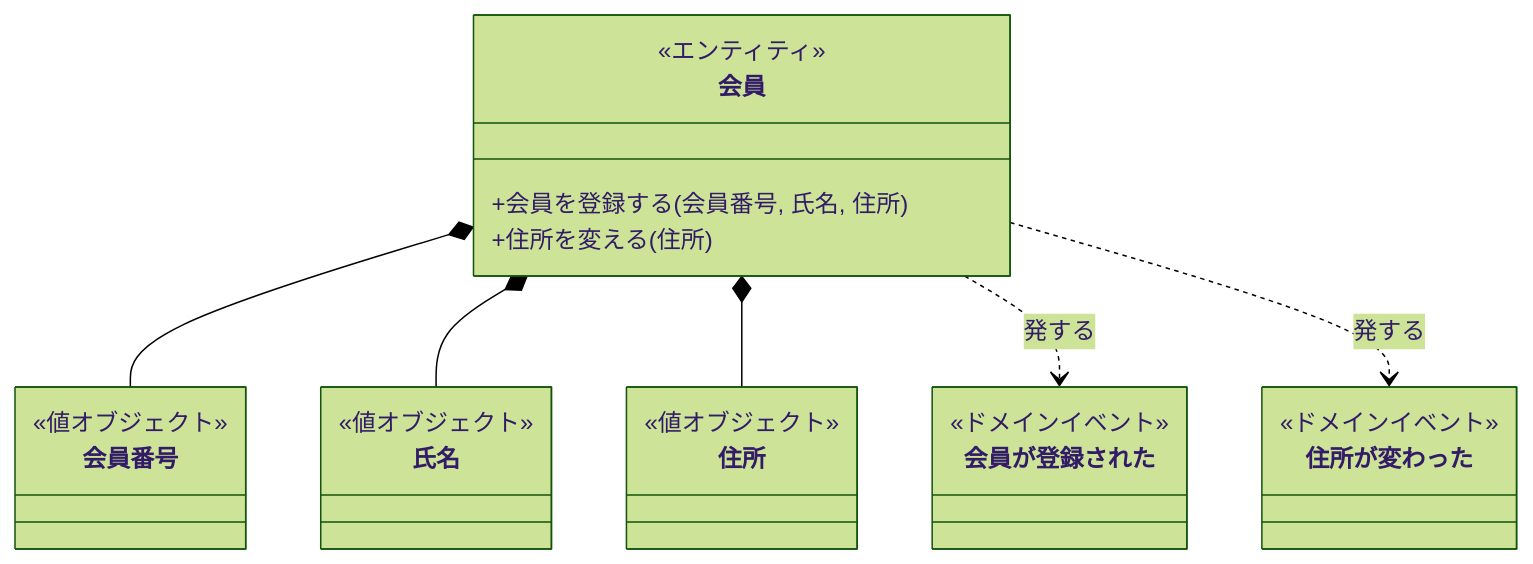
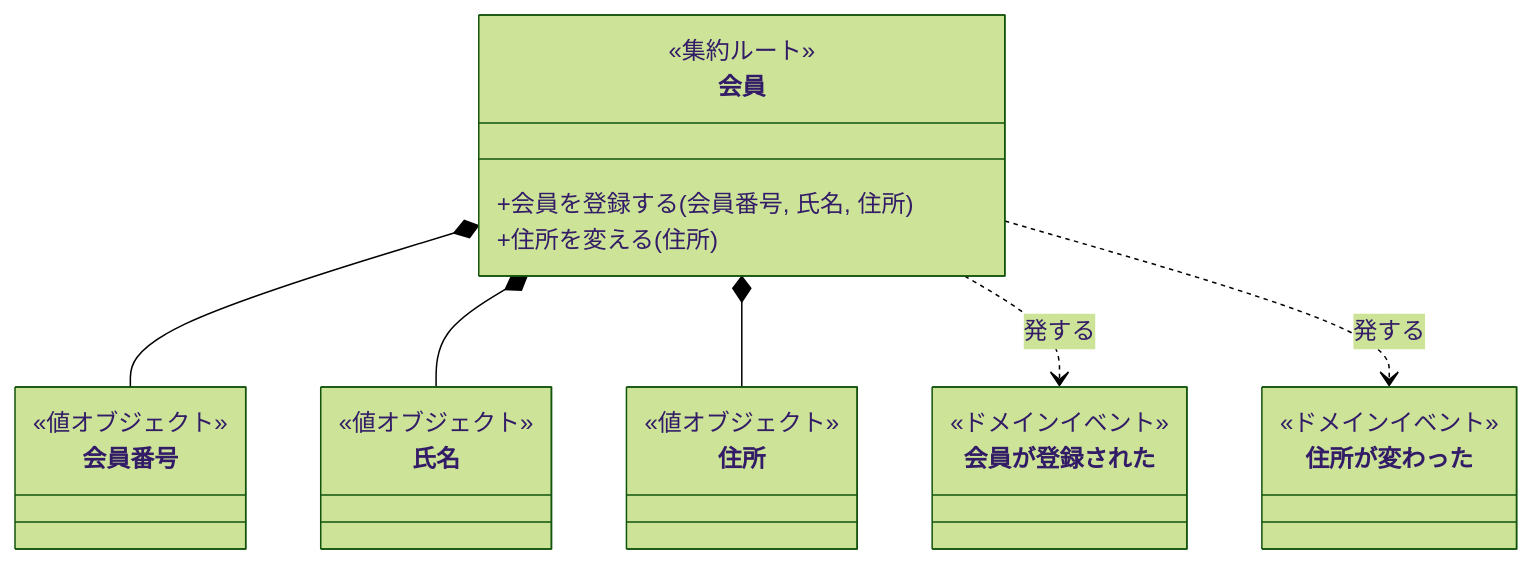
One commit to nakamori-naoya/domain-modeling-plugins changed the diagram in tests/fixtures/member-directory/domain-model.md. Above: the diagram before and after it, drawn with Mermaid (forest theme). The commit also changed 7 other files, not shown here.

````diff
--- a/tests/fixtures/member-directory/domain-model.md
+++ b/tests/fixtures/member-directory/domain-model.md
@@ -7,28 +7,28 @@
 ```mermaid
 classDiagram
     class Member["会員"] {
-        <<エンティティ>>
+        <<集約ルート>>
         +会員を登録する(会員番号, 氏名, 住所)
         +住所を変える(住所)
     }
     class MemberNo["会員番号"] {
         <<値オブジェクト>>
     }
     class Name["氏名"] {
         <<値オブジェクト>>
     }
     class Address["住所"] {
         <<値オブジェクト>>
     }
     class Registered["会員が登録された"] {
         <<ドメインイベント>>
     }
     class Moved["住所が変わった"] {
         <<ドメインイベント>>
     }
     Member *-- MemberNo
     Member *-- Name
     Member *-- Address
     Member ..> Registered : 発する
     Member ..> Moved : 発する
 ```
````
